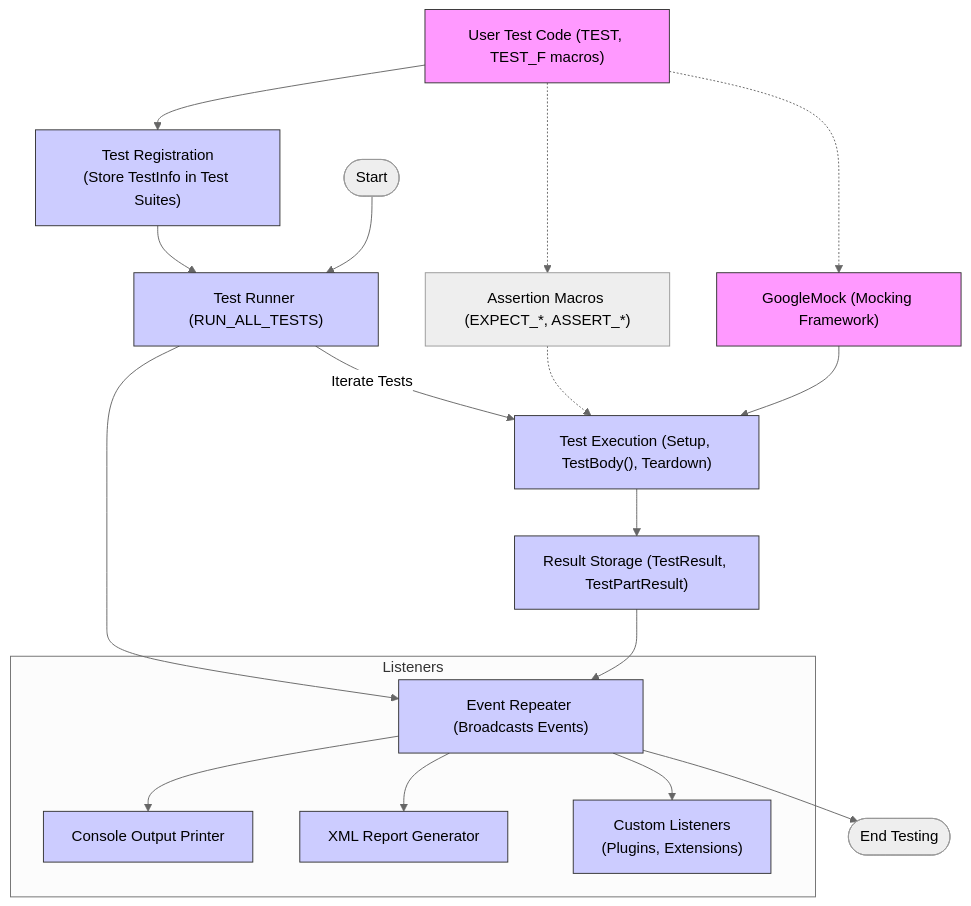
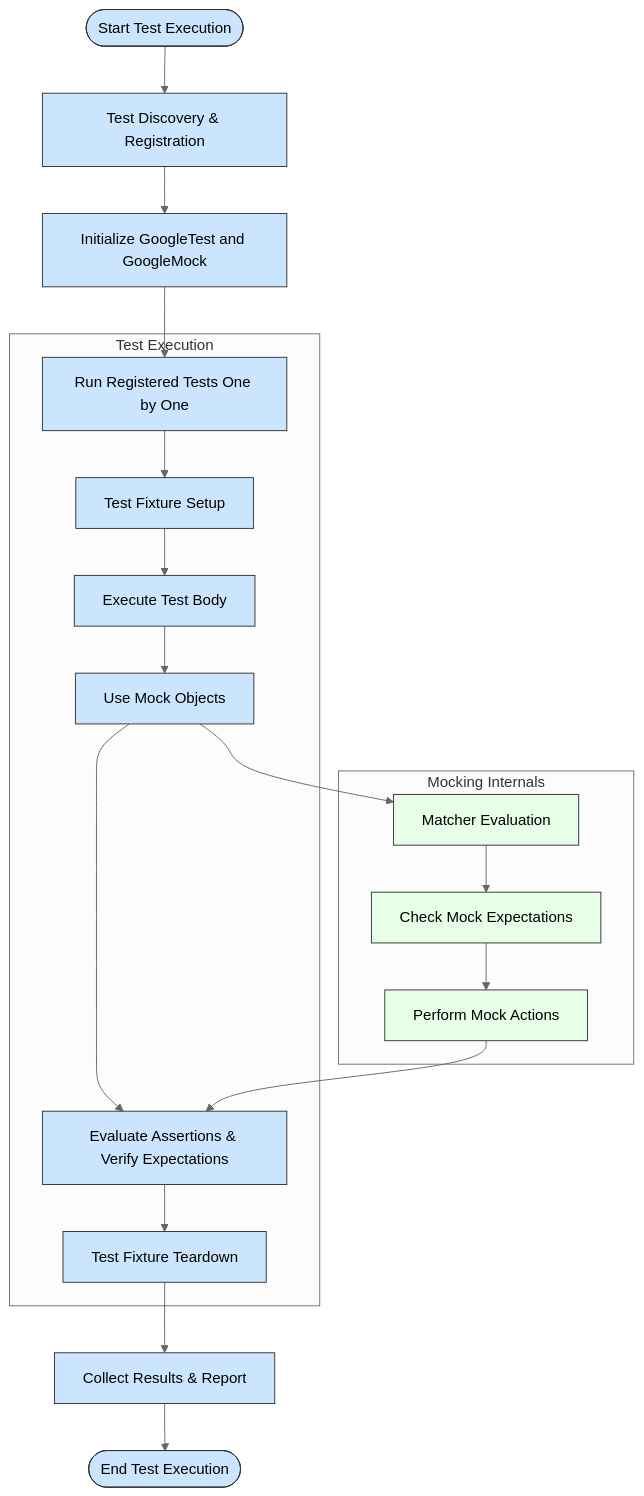
The diagram in overview/core-concepts-architecture/architecture-overview.mdx (clidey/docucod-public-project-869ef7c3-7eff-4ad2-9765-2698303f14d7), drawn with Mermaid (neutral theme) before and after one commit. The commit also changed other lines of this file and 55 other files, not shown here.

````diff
--- a/overview/core-concepts-architecture/architecture-overview.mdx
+++ b/overview/core-concepts-architecture/architecture-overview.mdx
@@ -37,42 +44,34 @@
 ```mermaid
 flowchart TD
-  %% User Test and Test Suite Registration
-  UserCode["User Test Code (TEST, TEST_F macros)"] --> RegisterTest["Test Registration\n(Store TestInfo in Test Suites)"]
+  %% Start
+  Start([Start Test Execution]) --> Discover["Test Discovery & Registration"]
 
-  %% Test Runner
-  RegisterTest --> TestRunner["Test Runner (RUN_ALL_TESTS)"]
+  Discover --> Init["Initialize GoogleTest and GoogleMock"]
 
-  %% Test Execution
-  TestRunner -->|Iterate Tests| TestExecution["Test Execution (Setup, TestBody(), Teardown)"]
+  Init --> RunTests["Run Registered Tests One by One"]
 
-  %% Assertion Macros
-  UserCode -.-> Assertions["Assertion Macros (EXPECT_*, ASSERT_*)"]
-  Assertions -.-> TestExecution
-
-  %% Result Collection
-  TestExecution --> StoreResults["Result Storage (TestResult, TestPartResult)"]
-
-  %% Event Listeners
-  TestRunner --> EventRepeater["Event Repeater (Broadcasts Events)"]
-  StoreResults --> EventRepeater
-
-  subgraph Listeners
-    EventRepeater --> ConsolePrinter["Console Output Printer"]
-    EventRepeater --> XMLGenerator["XML Report Generator"]
-    EventRepeater --> CustomListeners["Custom Listeners\n(Plugins, Extensions)"]
+  subgraph Test Execution
+    RunTests --> Setup["Test Fixture Setup"]
+    Setup --> TestBody["Execute Test Body"]
+    TestBody --> MockUse["Use Mock Objects"]
+    MockUse --> AssertionCheck["Evaluate Assertions & Verify Expectations"]
+    AssertionCheck --> Cleanup["Test Fixture Teardown"]
   end
 
-  %% GoogleMock Integration
-  UserCode -.-> GoogleMock["GoogleMock (Mocking Framework)"]
-  GoogleMock --> TestExecution
+  Cleanup --> Collect["Collect Results & Report"]
+  Collect --> End([End Test Execution])
 
-  %% Start and End
-  Start([Start]) --> TestRunner
-  EventRepeater --> End([End Testing])
+  %% Details: Mock Object Flow
+  subgraph Mocking Internals
+    MockUse --> MatcherEval["Matcher Evaluation"]
+    MatcherEval --> ExpectationCheck["Check Mock Expectations"]
+    ExpectationCheck --> ActionPerf["Perform Mock Actions"]
+    ActionPerf --> AssertionCheck
+  end
 
   %% Styling
-  classDef userCode fill:#f9f,stroke:#333,stroke-width:1px,color:#000;
-  class UserCode,GoogleMock userCode;
-  class RegisterTest,TestRunner,TestExecution,StoreResults,EventRepeater,ConsolePrinter,XMLGenerator,CustomListeners defaultNode;
-  classDef defaultNode fill:#ccf,stroke:#333,stroke-width:1px,color:#000;
+  classDef component fill:#cce5ff,stroke:#333,stroke-width:1px;
+  classDef flow fill:#e6ffe6,stroke:#333,stroke-width:1px;
+  class Start,End,Discover,Init,RunTests,Setup,TestBody,MockUse,AssertionCheck,Cleanup,Collect component;
+  class MatcherEval,ExpectationCheck,ActionPerf flow;
 ```
````
